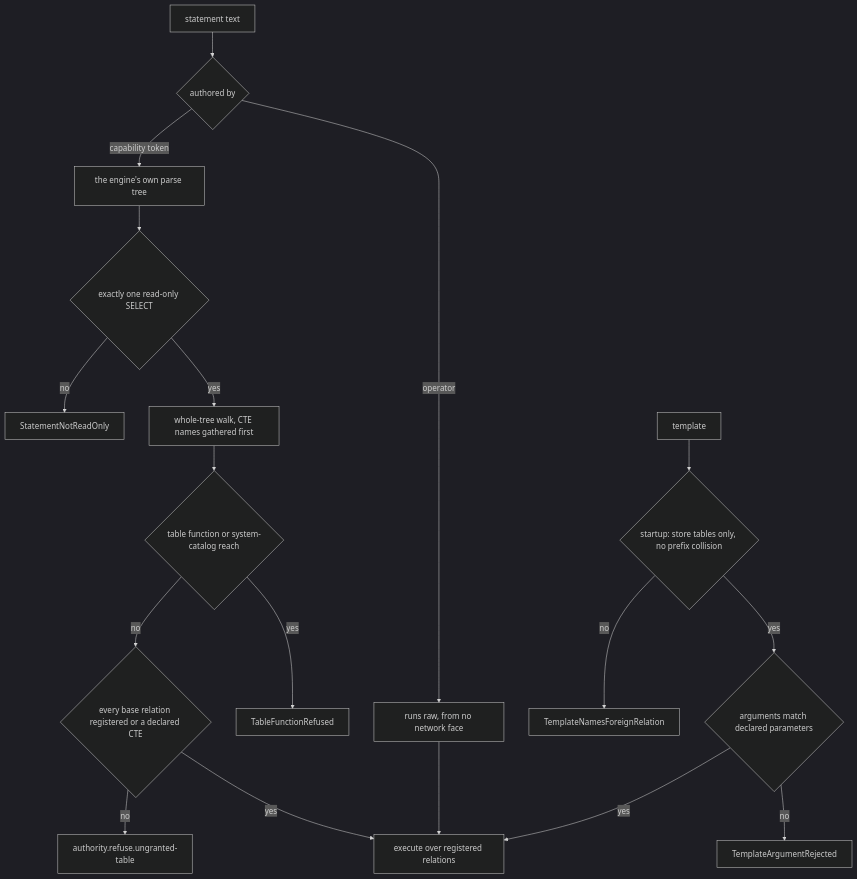
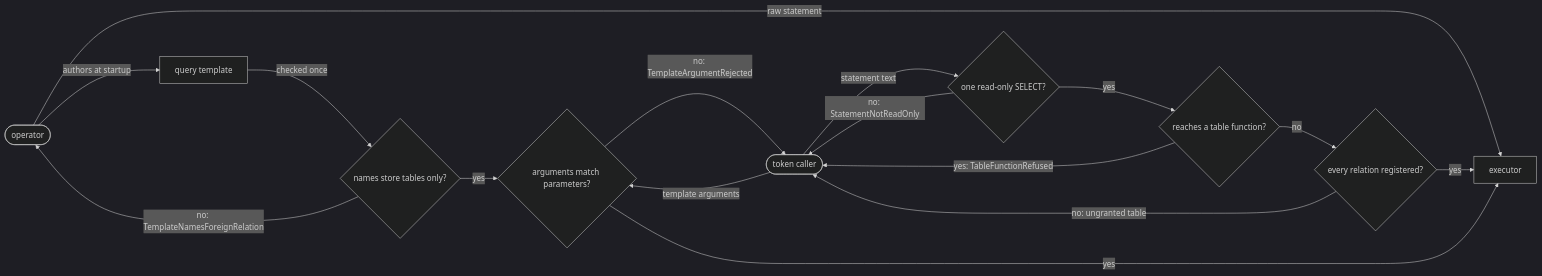
Before and after one commit to fractalboxdev/contextful: the second of 5 diagrams in spec/20-read.md, drawn with Mermaid (dark theme). The commit also changed other lines of this file and 44 other files, not shown here.

First line of the commit message:
spec: diagrams draw entities and flows, and the checker enforces it (#12)

````diff
--- a/spec/20-read.md
+++ b/spec/20-read.md
@@ -128,20 +118,18 @@
 ```mermaid
-flowchart TD
-  T["statement text"] --> P{"authored by"}
-  P -- "operator" --> RAW["runs raw, from no network face"]
-  P -- "capability token" --> PARSE["the engine's own parse tree"]
-  PARSE --> ONE{"exactly one read-only SELECT"}
-  ONE -- "no" --> E1["StatementNotReadOnly"]
-  ONE -- "yes" --> WALK["whole-tree walk, CTE names gathered first"]
-  WALK --> TF{"table function or system-catalog reach"}
-  TF -- "yes" --> E2["TableFunctionRefused"]
-  TF -- "no" --> REL{"every base relation registered or a declared CTE"}
-  REL -- "no" --> E3["authority.refuse.ungranted-table"]
-  REL -- "yes" --> EXEC["execute over registered relations"]
-  RAW --> EXEC
-  TPL["template"] --> START{"startup: store tables only, no prefix collision"}
-  START -- "no" --> E4["TemplateNamesForeignRelation"]
-  START -- "yes" --> BIND{"arguments match declared parameters"}
-  BIND -- "no" --> E5["TemplateArgumentRejected"]
-  BIND -- "yes" --> EXEC
+flowchart LR
+  OPR(["operator"]) -->|"raw statement"| EXEC["executor"]
+  TOK(["token caller"]) -->|"statement text"| ONE{"one read-only SELECT?"}
+  ONE -->|"no: StatementNotReadOnly"| TOK
+  ONE -->|"yes"| TF{"reaches a table function?"}
+  TF -->|"yes: TableFunctionRefused"| TOK
+  TF -->|"no"| REL{"every relation registered?"}
+  REL -->|"no: ungranted table"| TOK
+  REL -->|"yes"| EXEC
+  OPR -->|"authors at startup"| TPL["query template"]
+  TPL -->|"checked once"| START{"names store tables only?"}
+  START -->|"no: TemplateNamesForeignRelation"| OPR
+  START -->|"yes"| BIND{"arguments match parameters?"}
+  TOK -->|"template arguments"| BIND
+  BIND -->|"no: TemplateArgumentRejected"| TOK
+  BIND -->|"yes"| EXEC
 ```
````
